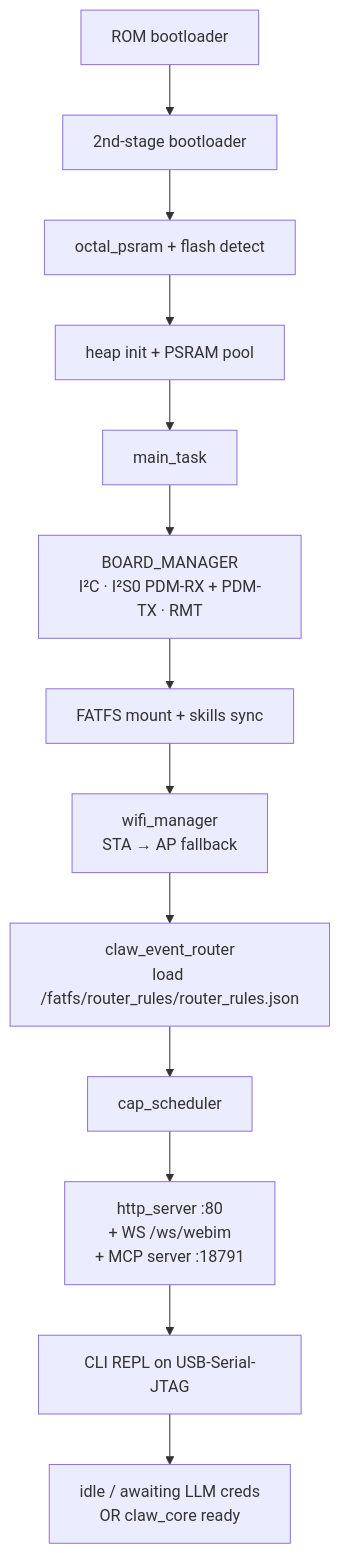
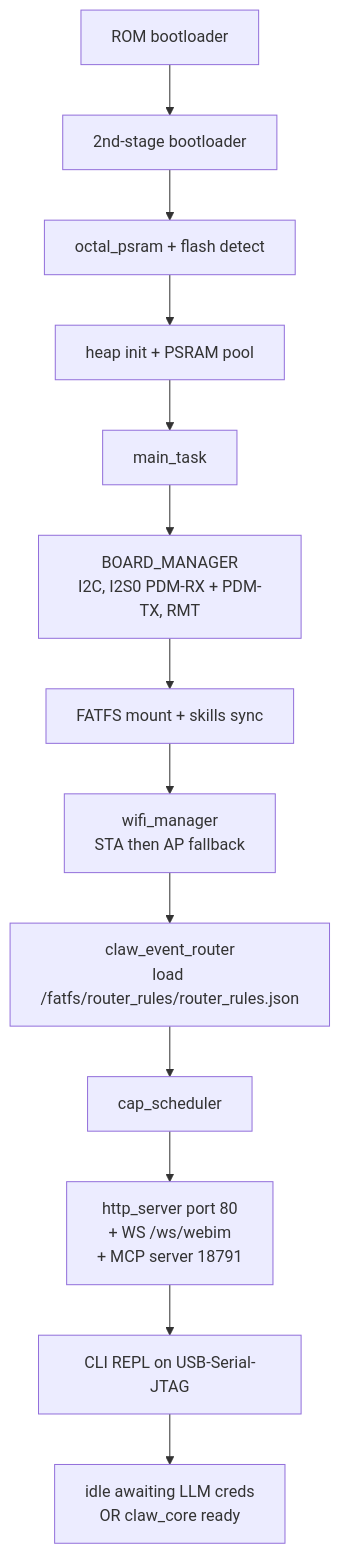
Before and after one commit to PascalAI2024/JarvisNano: the sixth of 6 diagrams in docs/ARCHITECTURE.md, drawn with Mermaid. The commit also changed other lines of this file and 2 other files, not shown here.

Commit message:
fix: sanitize all mermaid blocks for GitHub renderer (strip emojis, sup-2, em-dash, padded titles)

````diff
--- a/docs/ARCHITECTURE.md
+++ b/docs/ARCHITECTURE.md
@@ -194,15 +197,15 @@
 ```mermaid
 flowchart TD
     A[ROM bootloader] --> B[2nd-stage bootloader]
     B --> C[octal_psram + flash detect]
     C --> D[heap init + PSRAM pool]
     D --> E[main_task]
-    E --> F[BOARD_MANAGER<br/>I²C · I²S0 PDM-RX + PDM-TX · RMT]
+    E --> F[BOARD_MANAGER<br/>I2C, I2S0 PDM-RX + PDM-TX, RMT]
     F --> G[FATFS mount + skills sync]
-    G --> H[wifi_manager<br/>STA → AP fallback]
+    G --> H[wifi_manager<br/>STA then AP fallback]
     H --> I[claw_event_router<br/>load /fatfs/router_rules/router_rules.json]
     I --> J[cap_scheduler]
-    J --> K[http_server :80<br/>+ WS /ws/webim<br/>+ MCP server :18791]
+    J --> K[http_server port 80<br/>+ WS /ws/webim<br/>+ MCP server 18791]
     K --> L[CLI REPL on USB-Serial-JTAG]
-    L --> M[idle / awaiting LLM creds<br/>OR claw_core ready]
+    L --> M[idle awaiting LLM creds<br/>OR claw_core ready]
 ```
````
